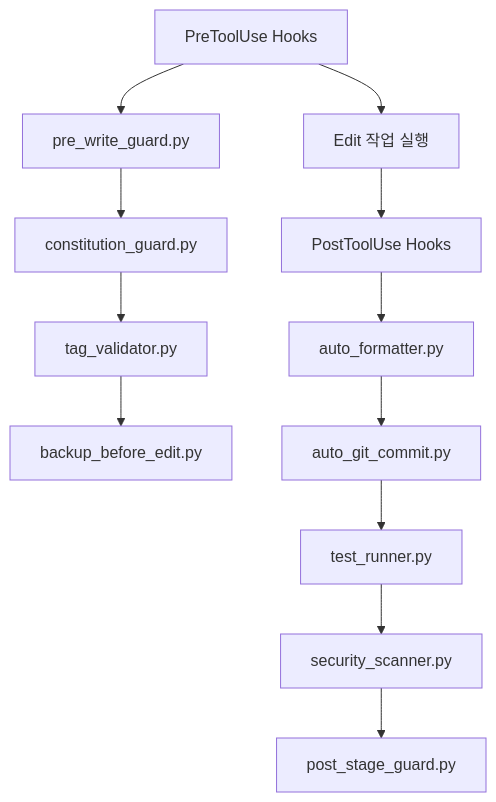
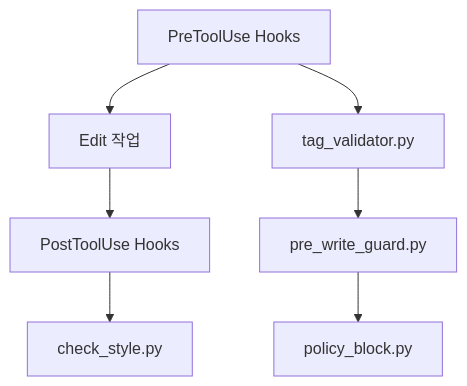
Before and after one commit to modu-ai/moai-adk: the diagram in docs/sections/11-hooks.md, drawn with Mermaid. The commit also changed other lines of this file and 76 other files, not shown here.

````diff
--- a/docs/sections/11-hooks.md
+++ b/docs/sections/11-hooks.md
@@ -372,16 +63,11 @@
 ```mermaid
 flowchart TD
-    A[PreToolUse Hooks] --> B[Edit 작업 실행]
+    A[PreToolUse Hooks] --> B[Edit 작업]
     B --> C[PostToolUse Hooks]
 
-    A --> A1[pre_write_guard.py]
-    A1 --> A2[constitution_guard.py]
-    A2 --> A3[tag_validator.py]
-    A3 --> A4[backup_before_edit.py]
+    A --> A1[tag_validator.py]
+    A1 --> A2[pre_write_guard.py]
+    A2 --> A3[policy_block.py]
 
-    C --> C1[auto_formatter.py]
-    C1 --> C2[auto_git_commit.py]
-    C2 --> C3[test_runner.py]
-    C3 --> C4[security_scanner.py]
-    C4 --> C5[post_stage_guard.py]
+    C --> C1[check_style.py]
 ```
````
